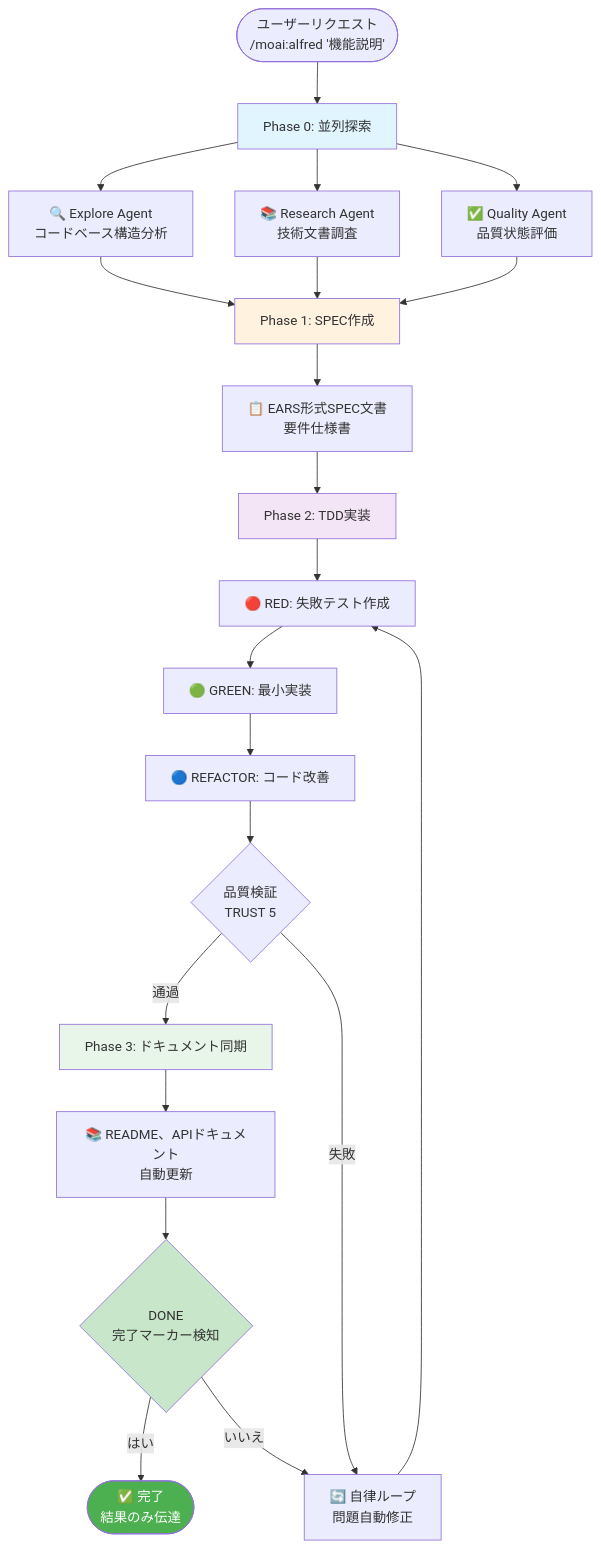
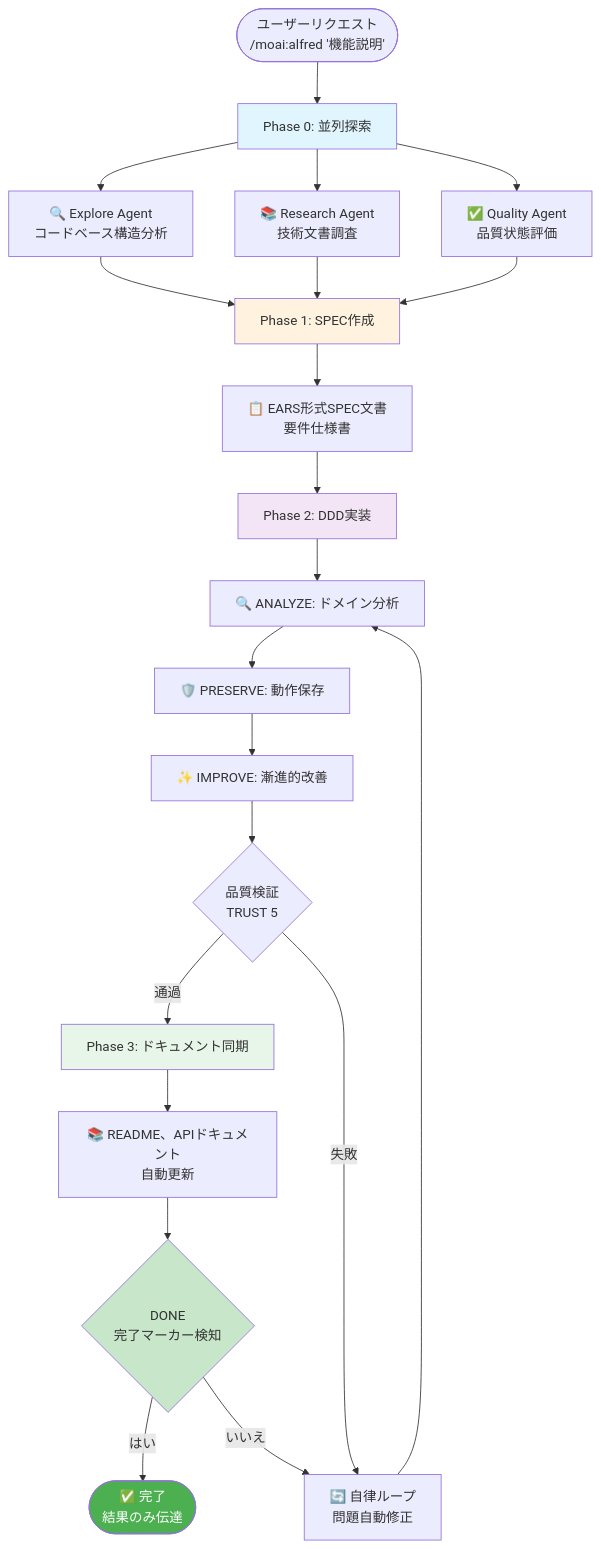
One commit to modu-ai/moai-adk changed the first of 8 diagrams in README.ja.md. Above: the diagram before and after it, drawn with Mermaid. The commit also changed other lines of this file and 125 other files, not shown here.

````diff
--- a/README.ja.md
+++ b/README.ja.md
@@ -538,41 +494,41 @@
 ```mermaid
 flowchart TB
     Start([ユーザーリクエスト<br/>/moai:alfred '機能説明']) --> Phase0[Phase 0: 並列探索]
 
     Phase0 --> Explore[🔍 Explore Agent<br/>コードベース構造分析]
     Phase0 --> Research[📚 Research Agent<br/>技術文書調査]
     Phase0 --> Quality[✅ Quality Agent<br/>品質状態評価]
 
     Explore --> Phase1[Phase 1: SPEC作成]
     Research --> Phase1
     Quality --> Phase1
 
     Phase1 --> Spec[📋 EARS形式SPEC文書<br/>要件仕様書]
 
-    Spec --> Phase2[Phase 2: TDD実装]
+    Spec --> Phase2[Phase 2: DDD実装]
 
-    Phase2 --> Red[🔴 RED: 失敗テスト作成]
-    Red --> Green[🟢 GREEN: 最小実装]
-    Green --> Refactor[🔵 REFACTOR: コード改善]
+    Phase2 --> Analyze[🔍 ANALYZE: ドメイン分析]
+    Analyze --> Preserve[🛡️ PRESERVE: 動作保存]
+    Preserve --> Improve[✨ IMPROVE: 漸進的改善]
 
-    Refactor --> Check{品質検証<br/>TRUST 5}
+    Improve --> Check{品質検証<br/>TRUST 5}
 
     Check -->|通過| Phase3[Phase 3: ドキュメント同期]
     Check -->|失敗| Loop[🔄 自律ループ<br/>問題自動修正]
 
-    Loop --> Red
+    Loop --> Analyze
 
     Phase3 --> Docs[📚 README、APIドキュメント<br/>自動更新]
 
     Docs --> Done{<moai>DONE</moai><br/>完了マーカー検知}
 
     Done -->|はい| End([✅ 完了<br/>結果のみ伝達])
     Done -->|いいえ| Loop
 
     style Phase0 fill:#e1f5fe
     style Phase1 fill:#fff3e0
     style Phase2 fill:#f3e5f5
     style Phase3 fill:#e8f5e9
     style Done fill:#c8e6c9
     style End fill:#4caf50,color:#fff
 ```
````
